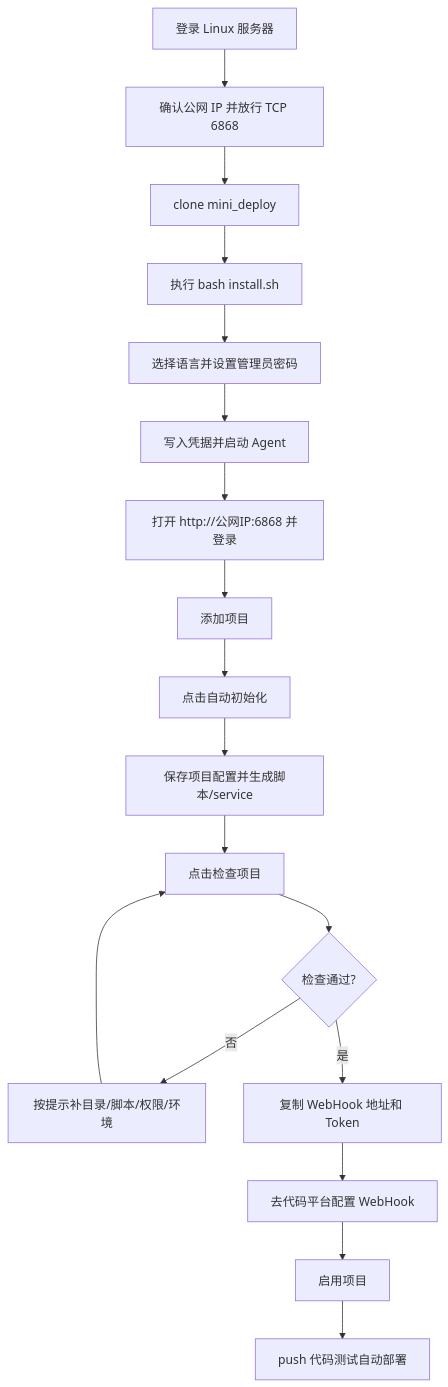
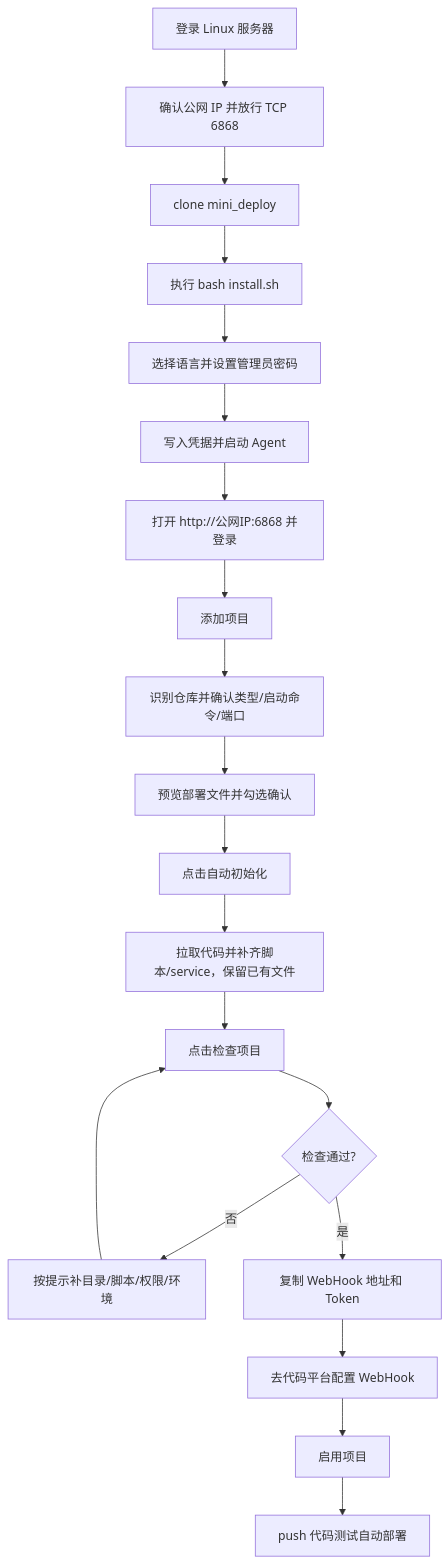
One commit to jokerXueC/mini_deploy changed the second of 7 diagrams in docs/BEGINNER_DEPLOY_FLOW.zh-CN.md. Above: the diagram before and after it, drawn with Mermaid. The commit also changed other lines of this file and 21 other files, not shown here.

````diff
--- a/docs/BEGINNER_DEPLOY_FLOW.zh-CN.md
+++ b/docs/BEGINNER_DEPLOY_FLOW.zh-CN.md
@@ -99,20 +99,22 @@
 ```mermaid
 flowchart TD
     A[登录 Linux 服务器] --> B[确认公网 IP 并放行 TCP 6868]
     B --> C[clone mini_deploy]
     C --> D[执行 bash install.sh]
     D --> E[选择语言并设置管理员密码]
     E --> F[写入凭据并启动 Agent]
     F --> G[打开 http://公网IP:6868 并登录]
     G --> I[添加项目]
-    I --> J[点击自动初始化]
-    J --> K[保存项目配置并生成脚本/service]
+    I --> I1[识别仓库并确认类型/启动命令/端口]
+    I1 --> I2[预览部署文件并勾选确认]
+    I2 --> J[点击自动初始化]
+    J --> K[拉取代码并补齐脚本/service，保留已有文件]
     K --> L[点击检查项目]
     L --> M{检查通过?}
     M -- 否 --> N[按提示补目录/脚本/权限/环境]
     N --> L
     M -- 是 --> O[复制 WebHook 地址和 Token]
     O --> P[去代码平台配置 WebHook]
     P --> Q[启用项目]
     Q --> R[push 代码测试自动部署]
 ```
````
